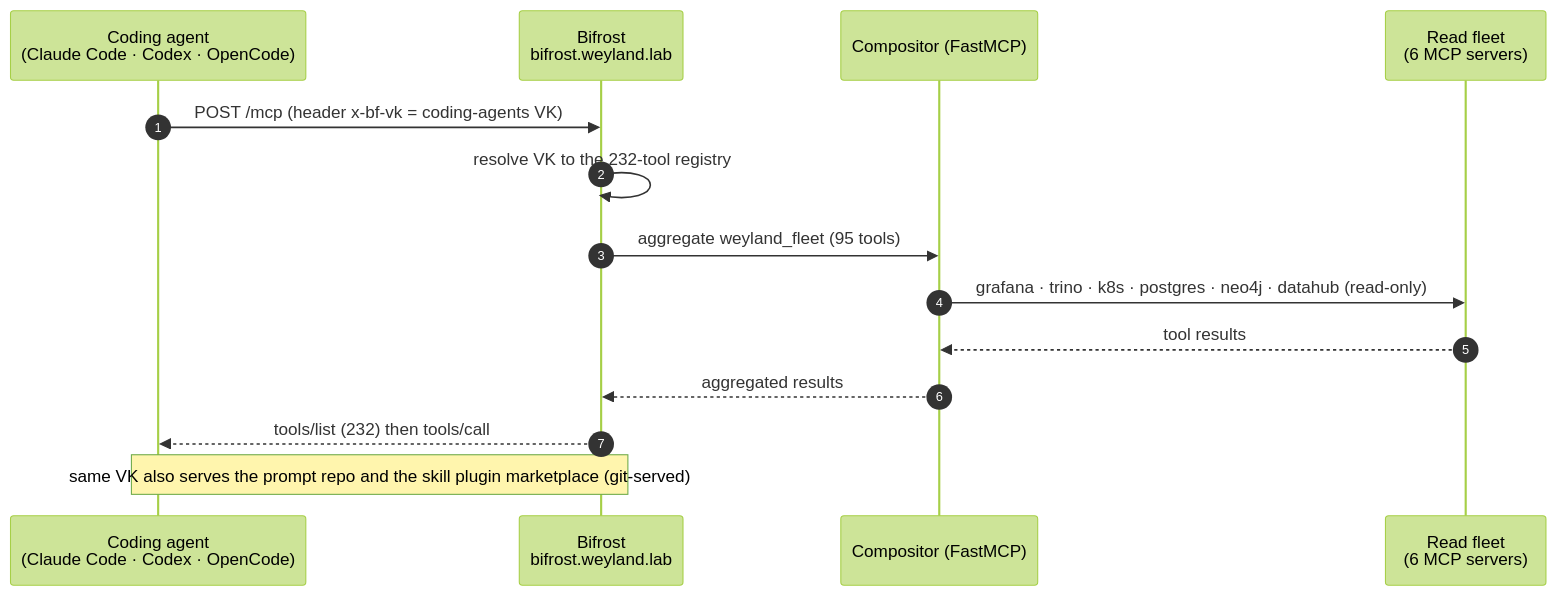
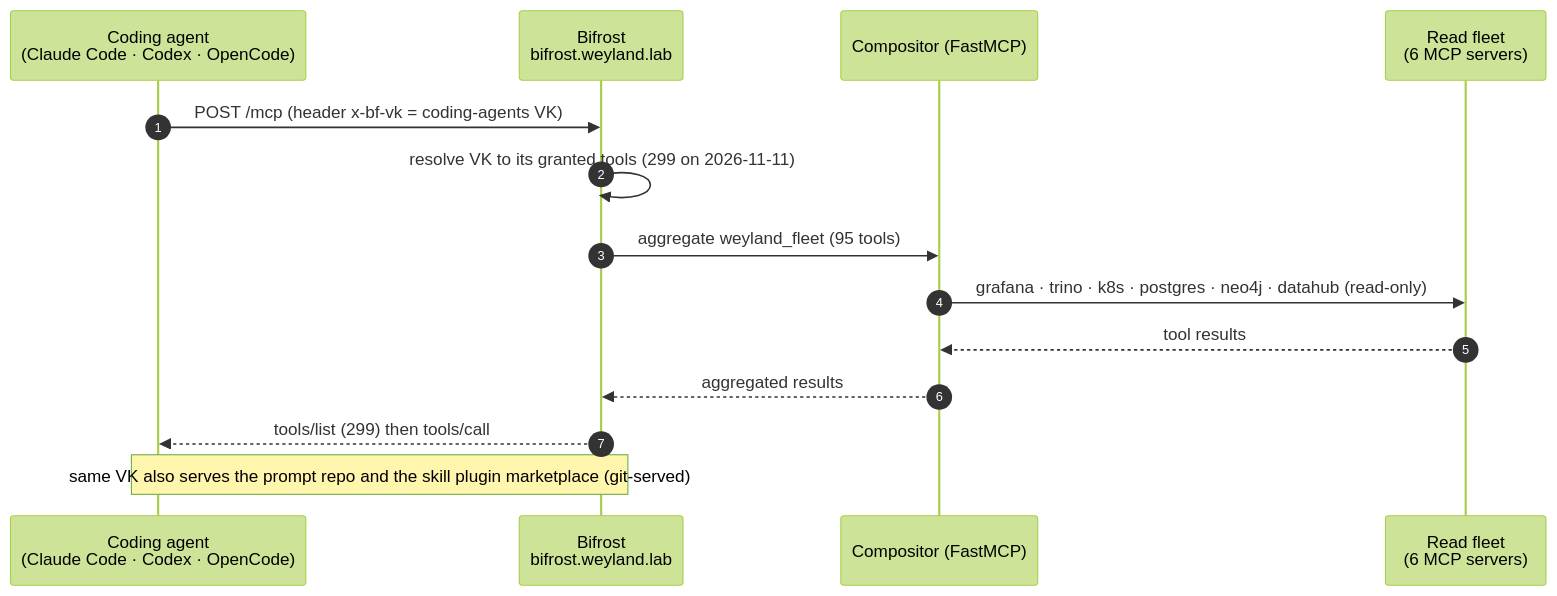
The first of 3 diagrams in docs/diagrams/flow-bifrost.md (edtbl76/weyland-lab), drawn with Mermaid (forest theme) before and after one commit. The commit also changed other lines of this file and 13 other files, not shown here.

````diff
--- a/docs/diagrams/flow-bifrost.md
+++ b/docs/diagrams/flow-bifrost.md
@@ -7,16 +7,16 @@
 ```mermaid
 sequenceDiagram
     autonumber
     participant A as Coding agent<br/>(Claude Code · Codex · OpenCode)
     participant B as Bifrost<br/>bifrost.weyland.lab
     participant C as Compositor (FastMCP)
     participant F as Read fleet<br/>(6 MCP servers)
     A->>B: POST /mcp (header x-bf-vk = coding-agents VK)
-    B->>B: resolve VK to the 232-tool registry
+    B->>B: resolve VK to its granted tools (299 on 2026-11-11)
     B->>C: aggregate weyland_fleet (95 tools)
     C->>F: grafana · trino · k8s · postgres · neo4j · datahub (read-only)
     F-->>C: tool results
     C-->>B: aggregated results
-    B-->>A: tools/list (232) then tools/call
+    B-->>A: tools/list (299) then tools/call
     Note over A,B: same VK also serves the prompt repo and the skill plugin marketplace (git-served)
 ```
````
